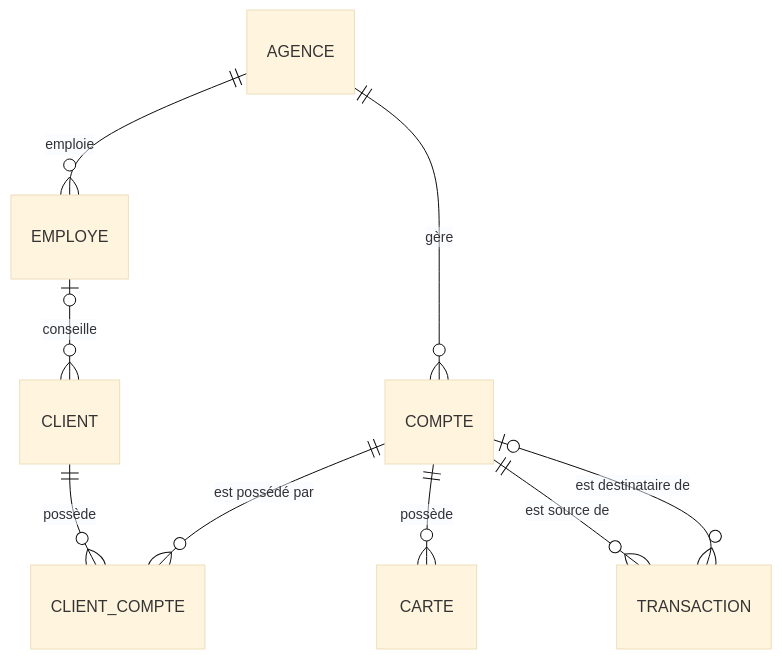
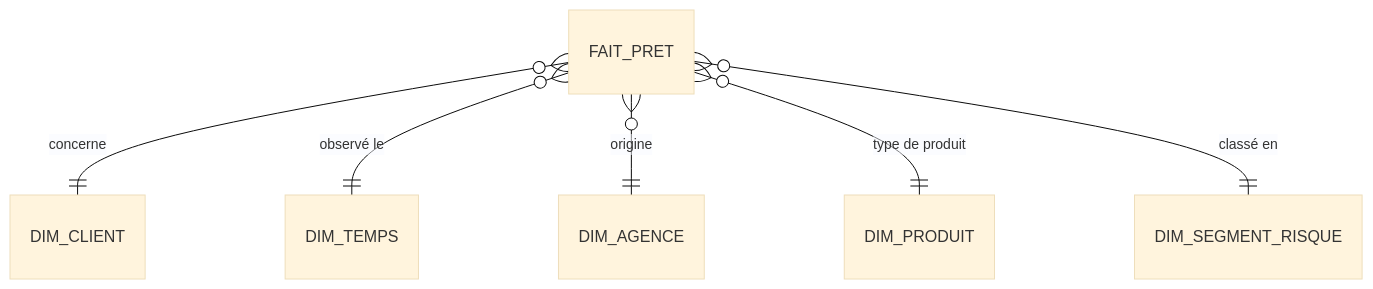
The first of 2 diagrams in README.md (oussamadataeng-lab/DatamodelingProject-finance_health_industry-), drawn with Mermaid (base theme) before and after one commit. The commit also changed other lines of this file and 1 other file, not shown here.

````diff
--- a/README.md
+++ b/README.md
@@ -7,11 +9,8 @@
 ```mermaid
 erDiagram
-    CLIENT ||--o{ CLIENT_COMPTE : possède
-    COMPTE ||--o{ CLIENT_COMPTE : "est possédé par"
-    AGENCE ||--o{ COMPTE : gère
-    AGENCE ||--o{ EMPLOYE : emploie
-    EMPLOYE |o--o{ CLIENT : conseille
-    COMPTE ||--o{ CARTE : possède
-    COMPTE ||--o{ TRANSACTION : "est source de"
-    COMPTE |o--o{ TRANSACTION : "est destinataire de"
+    FAIT_PRET }o--|| DIM_CLIENT : concerne
+    FAIT_PRET }o--|| DIM_TEMPS : "observé le"
+    FAIT_PRET }o--|| DIM_AGENCE : origine
+    FAIT_PRET }o--|| DIM_PRODUIT : "type de produit"
+    FAIT_PRET }o--|| DIM_SEGMENT_RISQUE : "classé en"
 ```
````
